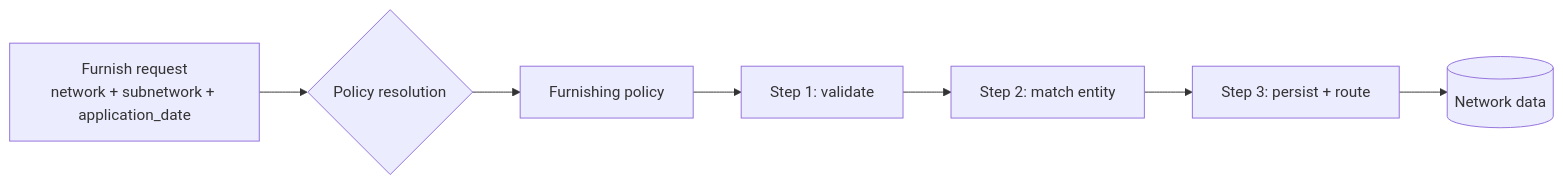
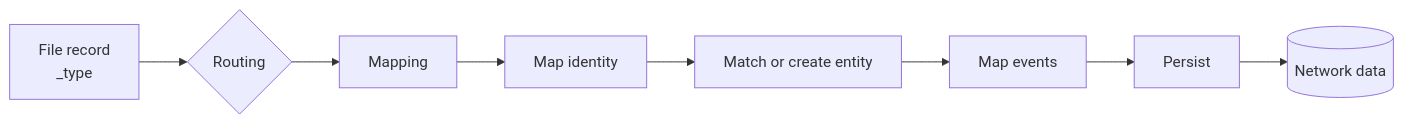
The first of 2 diagrams in concepts/governance/furnishing-policies.mdx (solo-finance/docs), drawn with Mermaid before and after one commit. The commit also changed other lines of this file and 144 other files, not shown here.

````diff
--- a/concepts/governance/furnishing-policies.mdx
+++ b/concepts/governance/furnishing-policies.mdx
@@ -21,9 +21,10 @@
 ```mermaid
 flowchart LR
-    F[Furnish request<br/>network + subnetwork + application_date] --> R{Policy resolution}
-    R --> P[Furnishing policy]
-    P --> S1[Step 1: validate]
-    S1 --> S2[Step 2: match entity]
-    S2 --> S3[Step 3: persist + route]
-    S3 --> Store[(Network data)]
+    F[File record<br/>_type] --> R{Routing}
+    R --> P[Mapping]
+    P --> S1[Map identity]
+    S1 --> S2[Match or create entity]
+    S2 --> S3[Map events]
+    S3 --> S4[Persist]
+    S4 --> Store[(Network data)]
 ```
````
